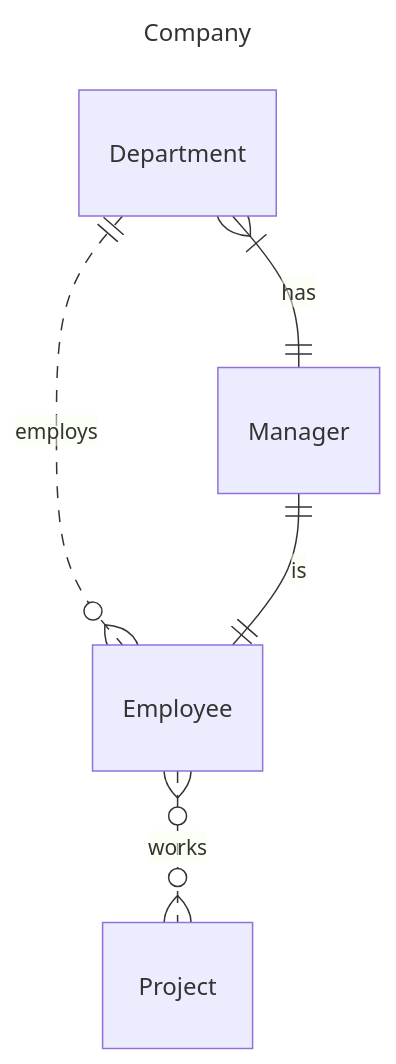
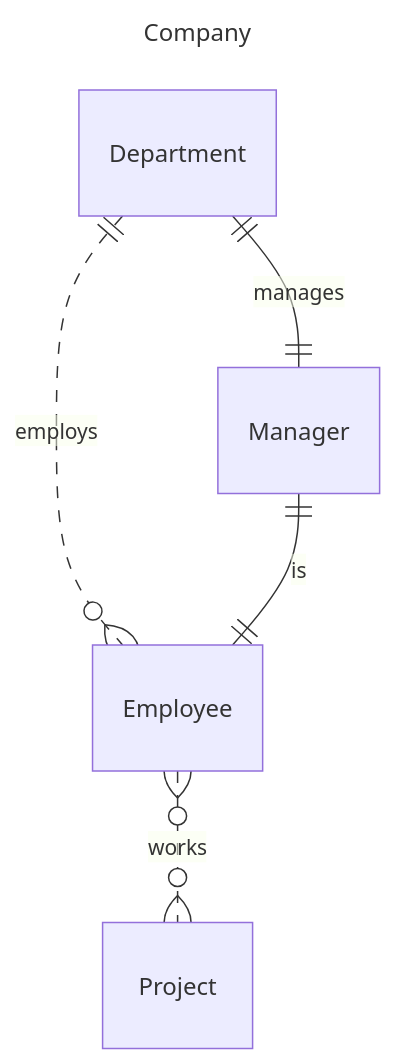
One commit to thanh-ha-nguyen/hh-SOF001AS2AE-3012 changed the second of 2 diagrams in README.md. Above: the diagram before and after it, drawn with Mermaid.

Commit message:
Correct cardinality of relationship of a Department to a Manager.

````diff
--- a/README.md
+++ b/README.md
@@ -48,11 +48,11 @@
 ```mermaid
 ---
 title: Company
 ---
 erDiagram
   direction TB
-  Department only one optionally to many Employee : employs
-  Department one or many to one Manager : has
+  Department one optionally to many Employee : employs
+  Department one to one Manager : manages
   Manager one to one Employee : is
   Employee many optionally to many Project : works
 ```
````
